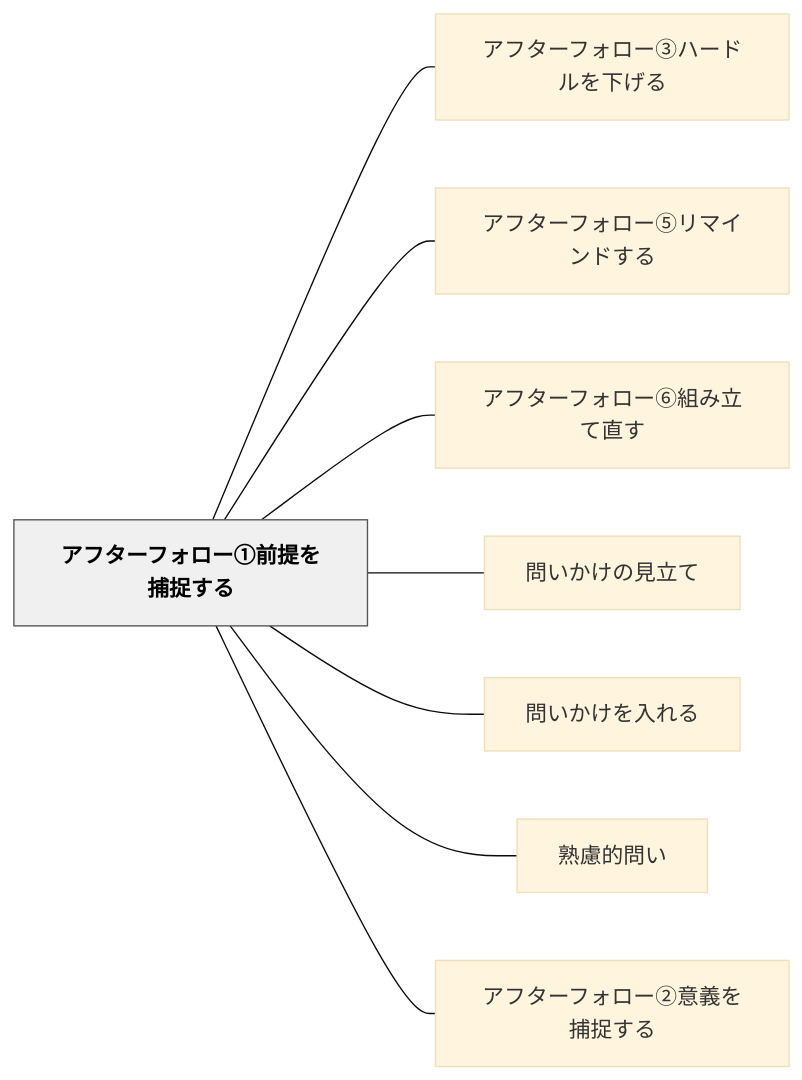
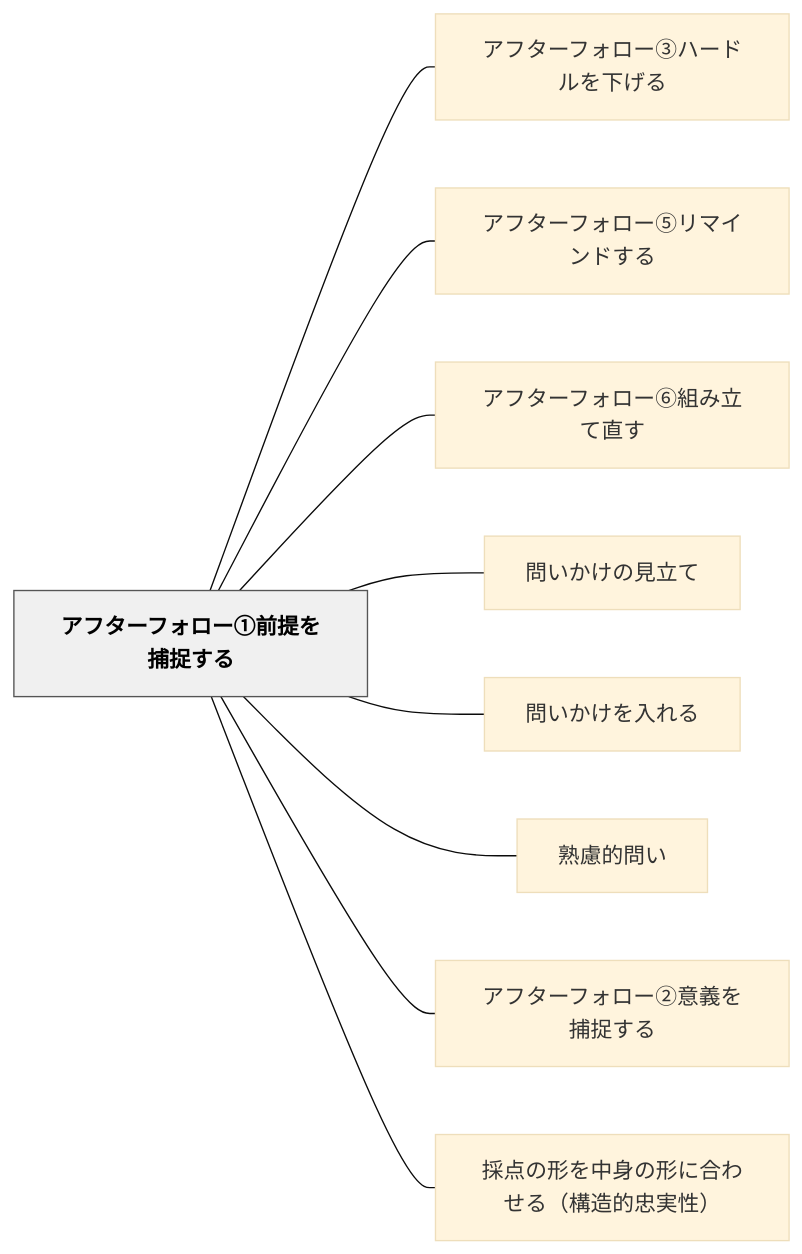
One commit to unknownthings-ed-patterns/unknownthings-ed-patterns changed the diagram in content/パタン/アフターフォロー①前提を捕捉する.md. Above: the diagram before and after it, drawn with Mermaid (base theme). The commit also changed other lines of this file and 17 other files, not shown here.

````diff
--- a/content/パタン/アフターフォロー①前提を捕捉する.md
+++ b/content/パタン/アフターフォロー①前提を捕捉する.md
@@ -44,22 +46,24 @@
 ```mermaid
 flowchart LR
     ne382a2e38395e382bfe383bce38395e382a9e383ade383bce291a0e5898de68f90e38292e68d95e68d89e38199e3828b["アフターフォロー①前提を捕捉する"]
     ne382a2e38395e382bfe383bce38395e382a9e383ade383bce291a2e3838fe383bce38389e383abe38292e4b88be38192e3828b["アフターフォロー③ハードルを下げる"]
     ne382a2e38395e382bfe383bce38395e382a9e383ade383bce291a4e383aae3839ee382a4e383b3e38389e38199e3828b["アフターフォロー⑤リマインドする"]
     ne382a2e38395e382bfe383bce38395e382a9e383ade383bce291a5e7b584e381bfe7ab8be381a6e79bb4e38199["アフターフォロー⑥組み立て直す"]
     ne5958fe38184e3818be38191e381aee8a68be7ab8be381a6["問いかけの見立て"]
     ne5958fe38184e3818be38191e38292e585a5e3828ce3828b["問いかけを入れる"]
     ne7869fe685aee79a84e5958fe38184["熟慮的問い"]
     ne382a2e38395e382bfe383bce38395e382a9e383ade383bce291a1e6848fe7bea9e38292e68d95e68d89e38199e3828b["アフターフォロー②意義を捕捉する"]
+    ne68ea1e782b9e381aee5bda2e38292e4b8ade8baabe381aee5bda2e381abe59088e3828fe3819be3828befbc88e6a78be980a0e79a84e5bfa0e5ae9fe680a7efbc89["採点の形を中身の形に合わせる（構造的忠実性）"]
 
     ne382a2e38395e382bfe383bce38395e382a9e383ade383bce291a0e5898de68f90e38292e68d95e68d89e38199e3828b --- ne382a2e38395e382bfe383bce38395e382a9e383ade383bce291a2e3838fe383bce38389e383abe38292e4b88be38192e3828b
     ne382a2e38395e382bfe383bce38395e382a9e383ade383bce291a0e5898de68f90e38292e68d95e68d89e38199e3828b --- ne382a2e38395e382bfe383bce38395e382a9e383ade383bce291a4e383aae3839ee382a4e383b3e38389e38199e3828b
     ne382a2e38395e382bfe383bce38395e382a9e383ade383bce291a0e5898de68f90e38292e68d95e68d89e38199e3828b --- ne382a2e38395e382bfe383bce38395e382a9e383ade383bce291a5e7b584e381bfe7ab8be381a6e79bb4e38199
     ne382a2e38395e382bfe383bce38395e382a9e383ade383bce291a0e5898de68f90e38292e68d95e68d89e38199e3828b --- ne5958fe38184e3818be38191e381aee8a68be7ab8be381a6
     ne382a2e38395e382bfe383bce38395e382a9e383ade383bce291a0e5898de68f90e38292e68d95e68d89e38199e3828b --- ne5958fe38184e3818be38191e38292e585a5e3828ce3828b
     ne382a2e38395e382bfe383bce38395e382a9e383ade383bce291a0e5898de68f90e38292e68d95e68d89e38199e3828b --- ne7869fe685aee79a84e5958fe38184
     ne382a2e38395e382bfe383bce38395e382a9e383ade383bce291a0e5898de68f90e38292e68d95e68d89e38199e3828b --- ne382a2e38395e382bfe383bce38395e382a9e383ade383bce291a1e6848fe7bea9e38292e68d95e68d89e38199e3828b
+    ne382a2e38395e382bfe383bce38395e382a9e383ade383bce291a0e5898de68f90e38292e68d95e68d89e38199e3828b --- ne68ea1e782b9e381aee5bda2e38292e4b8ade8baabe381aee5bda2e381abe59088e3828fe3819be3828befbc88e6a78be980a0e79a84e5bfa0e5ae9fe680a7efbc89
 
     classDef hub fill:#f0f0f0,stroke:#555,color:#000,font-weight:bold
     class ne382a2e38395e382bfe383bce38395e382a9e383ade383bce291a0e5898de68f90e38292e68d95e68d89e38199e3828b hub
 ```
````
